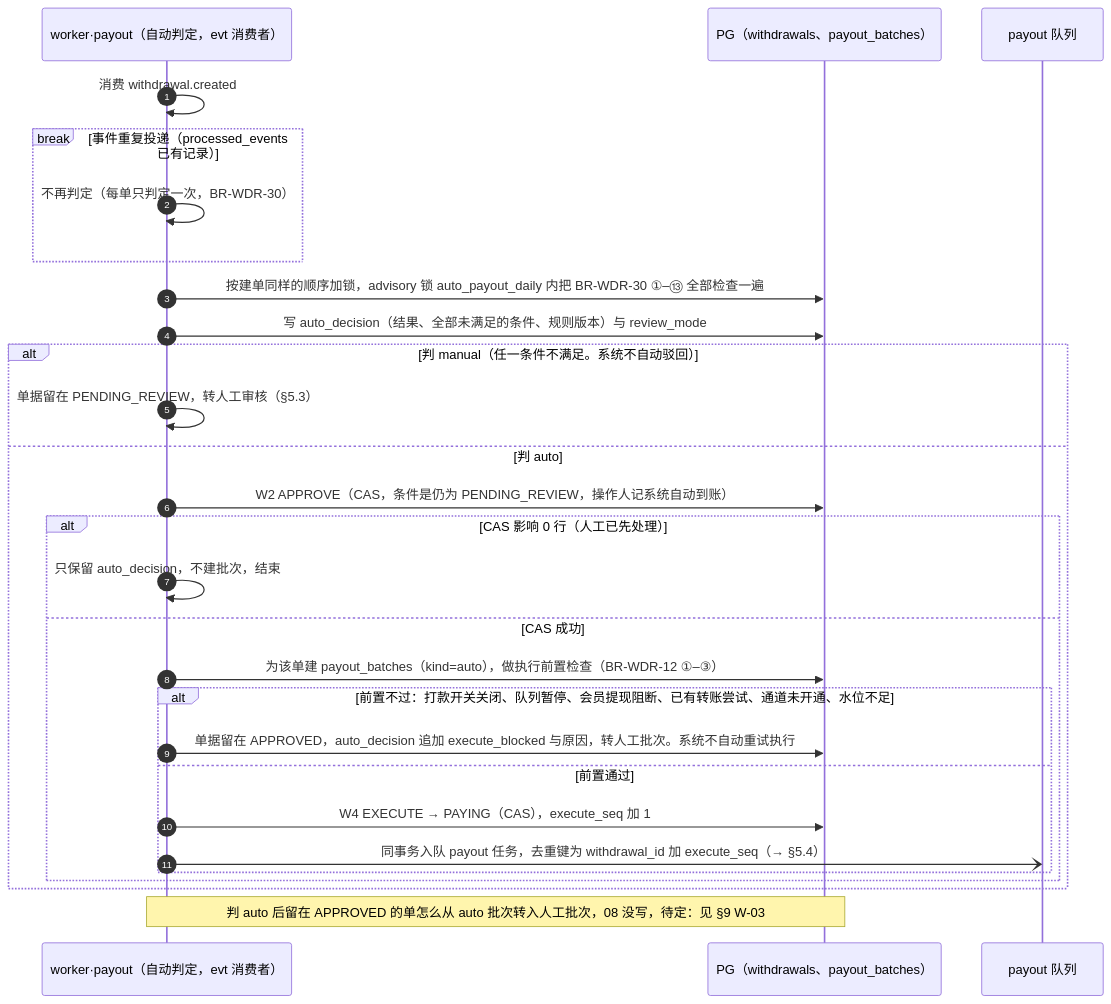
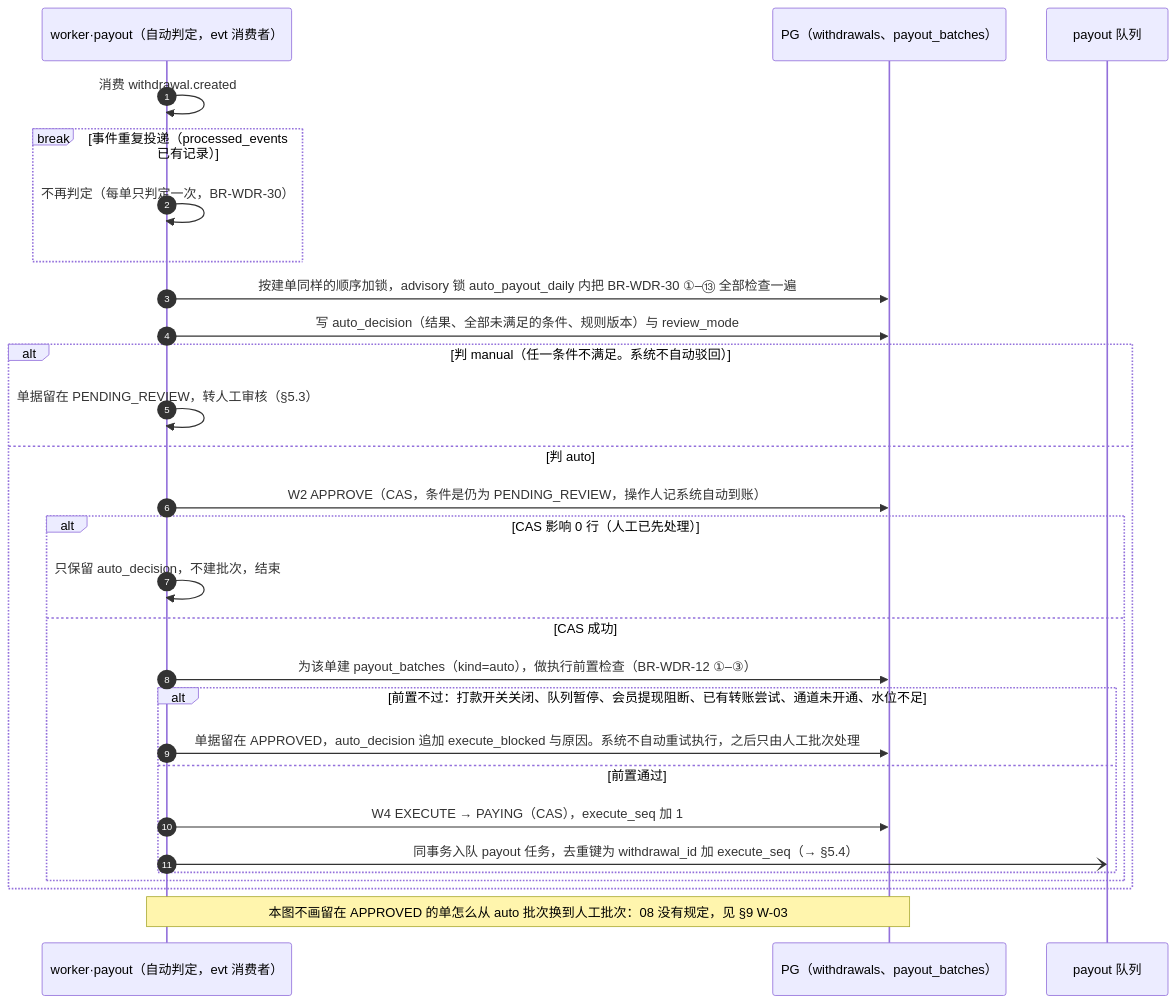
One commit to zora4523-bot/couli changed diagram 27 of 41 in 规划/12_关键流程与状态图.md. Above: the diagram before and after it, drawn with Mermaid.

Commit message:
docs(12): section 5.2, an auto-approved order that cannot execute stays APPROVED and is only handled manually afterwards
The step no longer claims the order is moved to a manual batch: how
batch membership changes is not defined in 08 (section 9 W-03) and is not
drawn.

````diff
--- a/规划/12_关键流程与状态图.md
+++ b/规划/12_关键流程与状态图.md
@@ -1748,31 +1748,31 @@
 ```mermaid
 sequenceDiagram
   autonumber
   participant W as worker·payout（自动判定，evt 消费者）
   participant DB as PG（withdrawals、payout_batches）
   participant Q as payout 队列
 
   W->>W: 消费 withdrawal.created
   break 事件重复投递（processed_events 已有记录）
     W->>W: 不再判定（每单只判定一次，BR-WDR-30）
   end
   W->>DB: 按建单同样的顺序加锁，advisory 锁 auto_payout_daily 内把 BR-WDR-30 ①–⑬ 全部检查一遍
   W->>DB: 写 auto_decision（结果、全部未满足的条件、规则版本）与 review_mode
   alt 判 manual（任一条件不满足。系统不自动驳回）
     W->>W: 单据留在 PENDING_REVIEW，转人工审核（§5.3）
   else 判 auto
     W->>DB: W2 APPROVE（CAS，条件是仍为 PENDING_REVIEW，操作人记系统自动到账）
     alt CAS 影响 0 行（人工已先处理）
       W->>W: 只保留 auto_decision，不建批次，结束
     else CAS 成功
       W->>DB: 为该单建 payout_batches（kind=auto），做执行前置检查（BR-WDR-12 ①–③）
       alt 前置不过：打款开关关闭、队列暂停、会员提现阻断、已有转账尝试、通道未开通、水位不足
-        W->>DB: 单据留在 APPROVED，auto_decision 追加 execute_blocked 与原因，转人工批次。系统不自动重试执行
+        W->>DB: 单据留在 APPROVED，auto_decision 追加 execute_blocked 与原因。系统不自动重试执行，之后只由人工批次处理
       else 前置通过
         W->>DB: W4 EXECUTE → PAYING（CAS），execute_seq 加 1
         W-)Q: 同事务入队 payout 任务，去重键为 withdrawal_id 加 execute_seq（→ §5.4）
       end
     end
   end
-  Note over W,DB: 判 auto 后留在 APPROVED 的单怎么从 auto 批次转入人工批次，08 没写，待定：见 §9 W-03
+  Note over W,DB: 本图不画留在 APPROVED 的单怎么从 auto 批次换到人工批次：08 没有规定，见 §9 W-03
 ```
````
